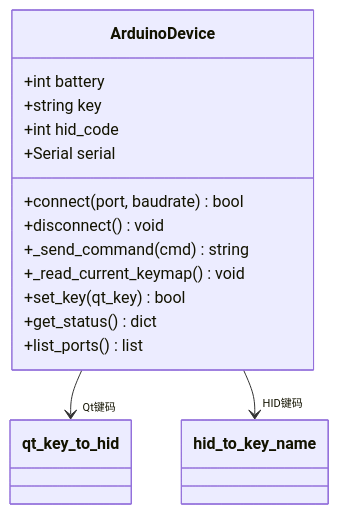
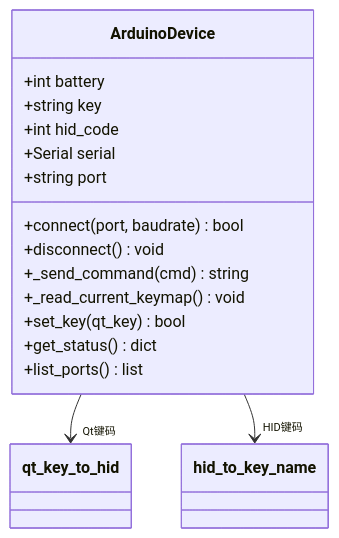
The third of 7 diagrams in .qoder/repowiki/zh/content/桌面应用架构/核心业务逻辑.md (Hankun-P/wireless-keyboard-toy), drawn with Mermaid before and after one commit. The commit also changed other lines of this file and 10 other files, not shown here.

````diff
--- a/.qoder/repowiki/zh/content/桌面应用架构/核心业务逻辑.md
+++ b/.qoder/repowiki/zh/content/桌面应用架构/核心业务逻辑.md
@@ -182,18 +200,19 @@
 ```mermaid
 classDiagram
 class ArduinoDevice {
 +int battery
 +string key
 +int hid_code
 +Serial serial
++string port
 +connect(port, baudrate) bool
 +disconnect() void
 +_send_command(cmd) string
 +_read_current_keymap() void
 +set_key(qt_key) bool
 +get_status() dict
 +list_ports() list
 }
 ArduinoDevice --> "Qt键码" qt_key_to_hid
 ArduinoDevice --> "HID键码" hid_to_key_name
 ```
````
